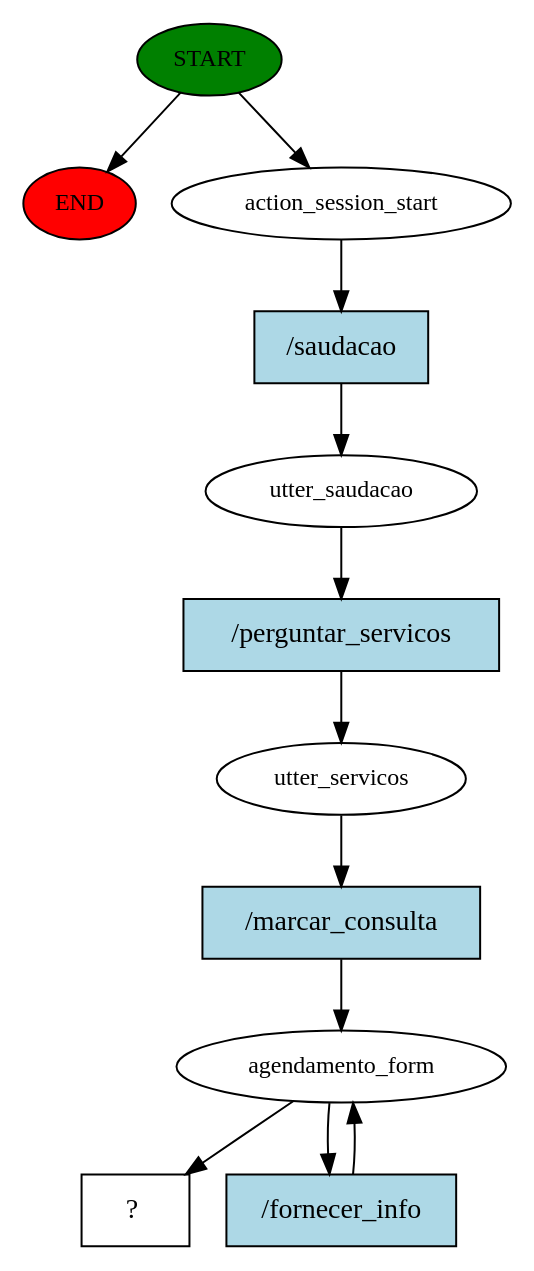
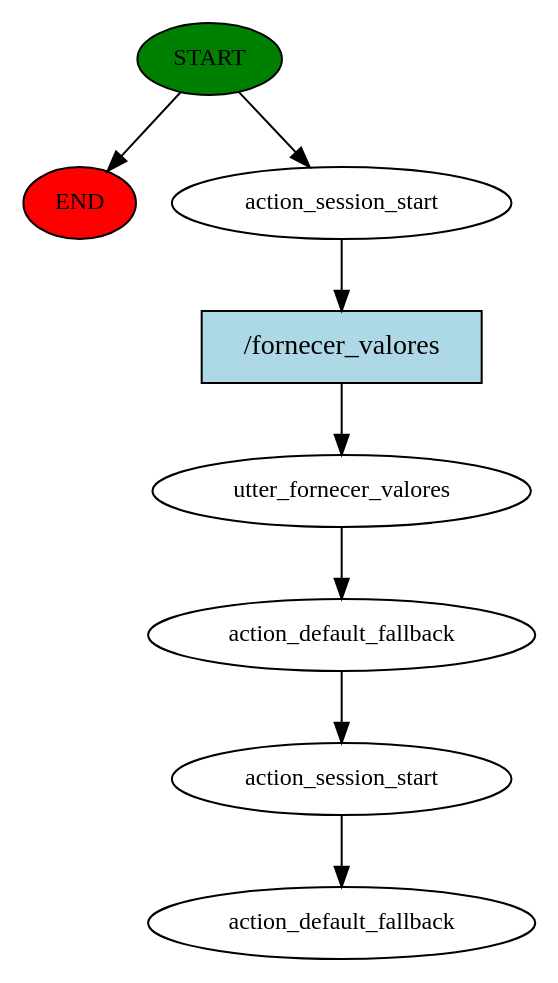
The diagram in chatbot-agent/story_graph.dot (wosh1ngton/rasabot), drawn with Graphviz before and after one commit. The commit also changed 5 other files, not shown here.

```diff
--- a/chatbot-agent/story_graph.dot
+++ b/chatbot-agent/story_graph.dot
@@ -1,24 +1,17 @@
 digraph  {
 0 [class="start active", fillcolor=green, fontsize=12, label=START, style=filled];
 "-1" [class=end, fillcolor=red, fontsize=12, label=END, style=filled];
 1 [class=active, fontsize=12, label=action_session_start];
-2 [class=active, fontsize=12, label=utter_saudacao];
-3 [class=active, fontsize=12, label=utter_servicos];
-4 [class=active, fontsize=12, label=agendamento_form];
-8 [class="intent dashed active", label="  ?  ", shape=rect];
-9 [class="intent active", fillcolor=lightblue, label="/saudacao", shape=rect, style=filled];
-10 [class="intent active", fillcolor=lightblue, label="/perguntar_servicos", shape=rect, style=filled];
-11 [class="intent active", fillcolor=lightblue, label="/marcar_consulta", shape=rect, style=filled];
-12 [class="intent active", fillcolor=lightblue, label="/fornecer_info", shape=rect, style=filled];
+2 [class=active, fontsize=12, label=utter_fornecer_valores];
+3 [class=active, fontsize=12, label=action_default_fallback];
+4 [class=active, fontsize=12, label=action_session_start];
+5 [class="dashed active", fontsize=12, label=action_default_fallback];
+6 [class="intent active", fillcolor=lightblue, label="/fornecer_valores", shape=rect, style=filled];
 0 -> "-1"  [class="", key=NONE, label=""];
 0 -> 1  [class=active, key=NONE, label=""];
-1 -> 9  [class=active, key=0];
-2 -> 10  [class=active, key=0];
-3 -> 11  [class=active, key=0];
-4 -> 8  [class=active, key=NONE, label=""];
-4 -> 12  [class=active, key=0];
-9 -> 2  [class=active, key=0];
-10 -> 3  [class=active, key=0];
-11 -> 4  [class=active, key=0];
-12 -> 4  [class=active, key=0];
+1 -> 6  [class=active, key=0];
+2 -> 3  [class=active, key=NONE, label=""];
+3 -> 4  [class=active, key=NONE, label=""];
+4 -> 5  [class=active, key=NONE, label=""];
+6 -> 2  [class=active, key=0];
 }
```
